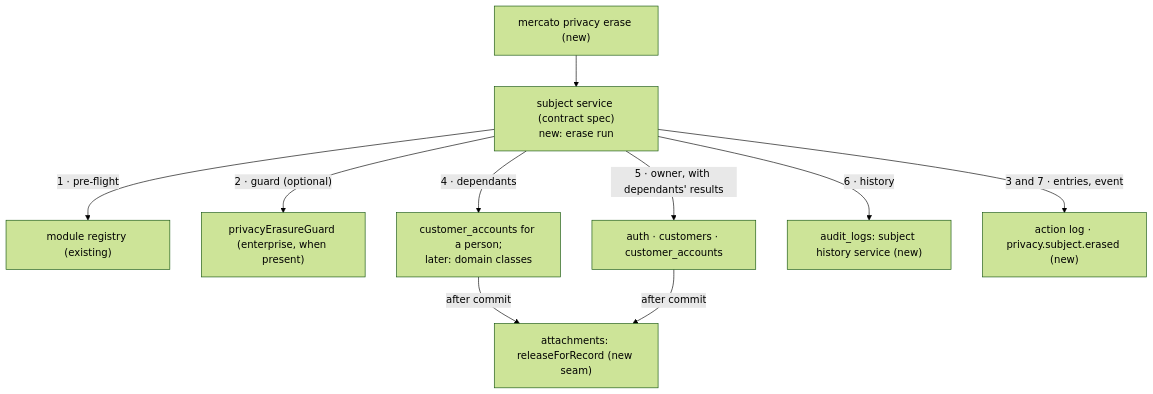
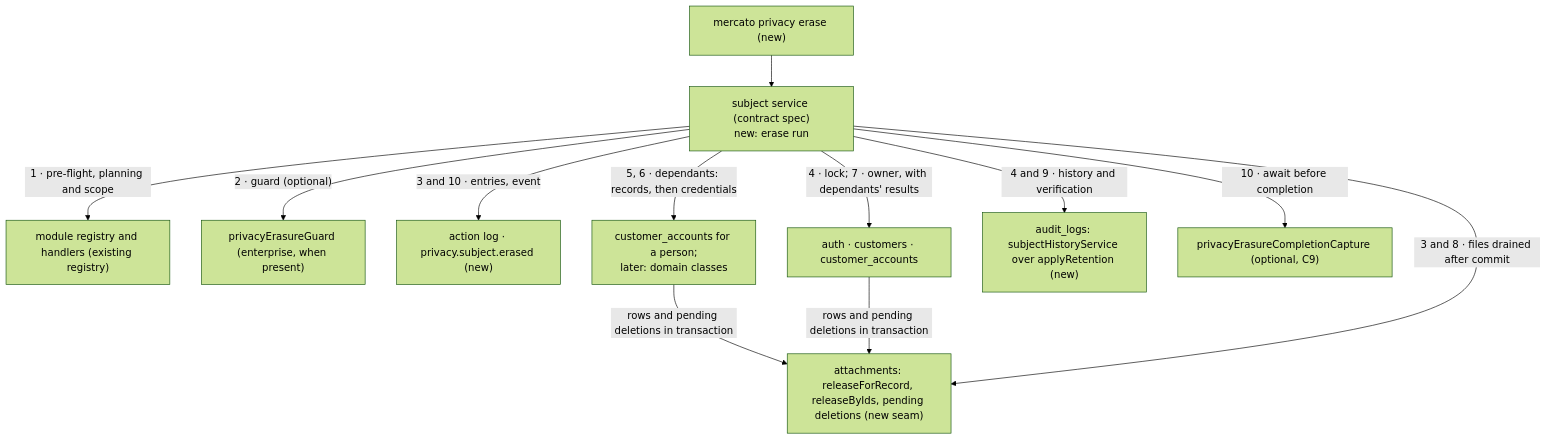
The diagram in .ai/specs/2026-11-16-privacy-subject-erasure.md (open-mercato/open-mercato), drawn with Mermaid (forest theme) before and after one commit. The commit also changed other lines of this file and 50 other files, not shown here.

````diff
--- a/.ai/specs/2026-11-16-privacy-subject-erasure.md
+++ b/.ai/specs/2026-11-16-privacy-subject-erasure.md
@@ -185,11 +419,13 @@
 ```mermaid
 flowchart TD
   CLI["mercato privacy erase (new)"] --> S["subject service (contract spec)<br/>new: erase run"]
-  S -- "1 · pre-flight" --> R["module registry (existing)"]
+  S -- "1 · pre-flight, planning and scope" --> R["module registry and handlers (existing registry)"]
   S -- "2 · guard (optional)" --> G["privacyErasureGuard (enterprise, when present)"]
-  S -- "4 · dependants" --> D["customer_accounts for a person;<br/>later: domain classes"]
-  S -- "5 · owner, with dependants' results" --> O["auth · customers · customer_accounts"]
-  D & O -- "after commit" --> A["attachments: releaseForRecord (new seam)"]
-  S -- "6 · history" --> H["audit_logs: subject history service (new)"]
-  S -- "3 and 7 · entries, event" --> E["action log · privacy.subject.erased (new)"]
+  S -- "3 and 10 · entries, event" --> E["action log · privacy.subject.erased (new)"]
+  S -- "4 · lock; 7 · owner, with dependants' results" --> O["auth · customers · customer_accounts"]
+  S -- "5, 6 · dependants: records, then credentials" --> D["customer_accounts for a person;<br/>later: domain classes"]
+  D & O -- "rows and pending deletions in transaction" --> A["attachments: releaseForRecord, releaseByIds, pending deletions (new seam)"]
+  S -- "3 and 8 · files drained after commit" --> A
+  S -- "4 and 9 · history and verification" --> H["audit_logs: subjectHistoryService over applyRetention (new)"]
+  S -- "10 · await before completion" --> C["privacyErasureCompletionCapture (optional, C9)"]
 ```
````
